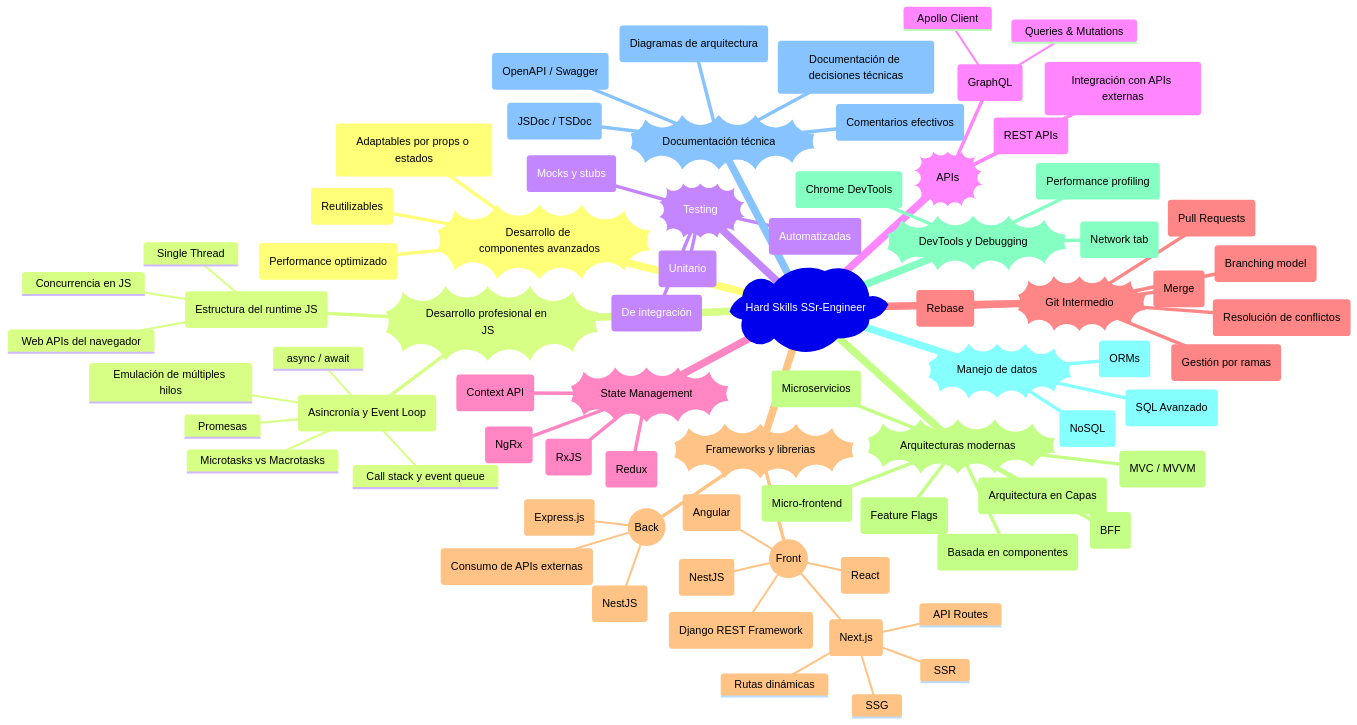
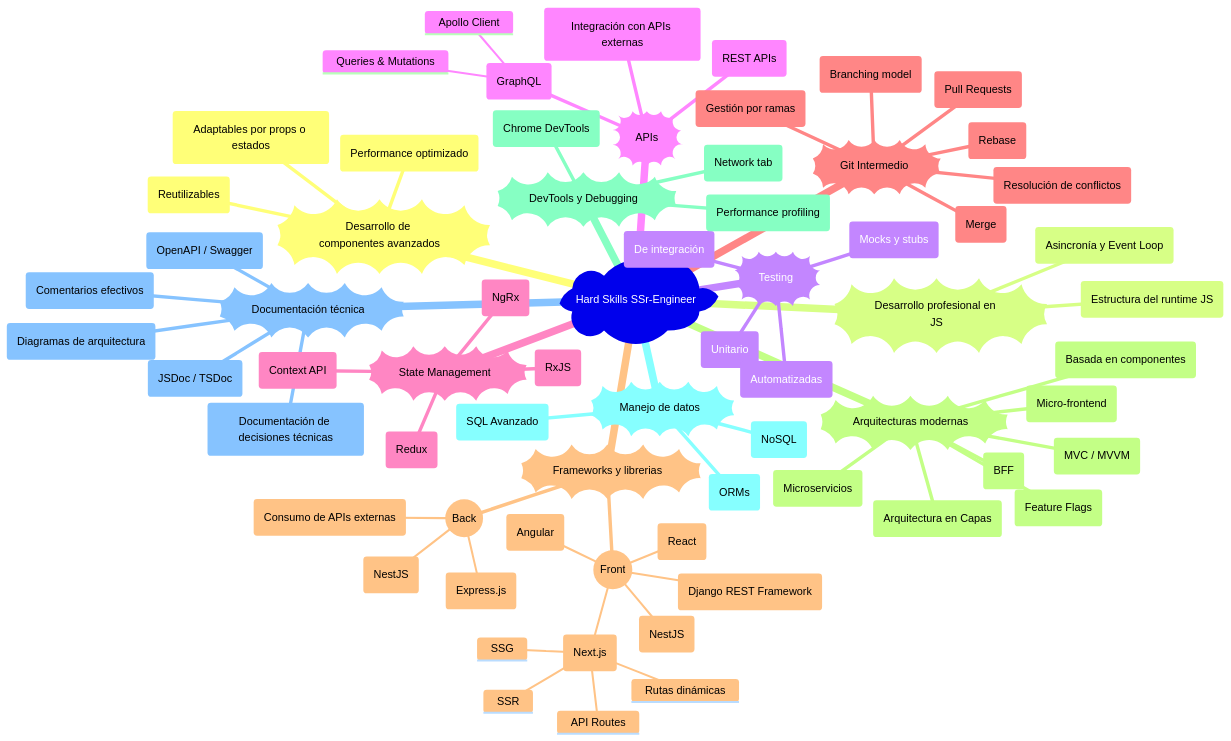
Before and after one commit to EdgarRangelInnovate/EdgarRangelInnovate: the first of 6 diagrams in knowledge/tech/ssr-engineer.md, drawn with Mermaid. The commit also changed other lines of this file, not shown here.

Commit message:
📄Add JavaScript professional development section: introduce concepts of asynchronous programming, event loop, and runtime structure; include detailed explanations and examples for promises, async/await, and concurrency.

````diff
--- a/knowledge/tech/ssr-engineer.md
+++ b/knowledge/tech/ssr-engineer.md
@@ -11,79 +11,71 @@
 ```mermaid
 mindmap
   root(Hard Skills SSr-Engineer))
     ))Desarrollo de componentes avanzados((
       (Reutilizables)
       (Performance optimizado)
       (Adaptables por props o estados)
     ))Desarrollo profesional en JS((  
       (Asincronía y Event Loop)
-        Promesas
-        async / await
-        Microtasks vs Macrotasks
-        Call stack y event queue
-        Emulación de múltiples hilos
       (Estructura del runtime JS)
-        Single Thread
-        Web APIs del navegador
-        Concurrencia en JS
     ))Testing((
       (Unitario)
       (De integración)
       (Automatizadas)
       (Mocks y stubs)
     ))APIs((
       (Integración con APIs externas)
       (REST APIs)
       (GraphQL)
         Apollo Client
         Queries & Mutations
     ))State Management((
       (Context API)
       (Redux)
       (RxJS)
       (NgRx)
     ))Git Intermedio((
       (Branching model)
       (Merge)
       (Rebase)
       (Pull Requests)
       (Resolución de conflictos)
       (Gestión por ramas)
     ))Frameworks y librerias((
       ((Front))
         (NestJS)
         (Django REST Framework)
         (React)
         (Angular)
         (Next.js)
           SSR
           SSG
           Rutas dinámicas
           API Routes
       ((Back))
         (Express.js)
         (NestJS)
         (Consumo de APIs externas)
     ))Arquitecturas modernas((
       (MVC / MVVM)
       (Arquitectura en Capas)
       (Microservicios)
       (Micro-frontend)
       (BFF)
       (Feature Flags)
       (Basada en componentes)
     ))DevTools y Debugging((
       (Chrome DevTools)
       (Network tab)
       (Performance profiling)
     ))Manejo de datos((
       (SQL Avanzado)
       (NoSQL)
       (ORMs)
     ))Documentación técnica((
       (OpenAPI / Swagger)
       (JSDoc / TSDoc)
       (Diagramas de arquitectura)
       (Comentarios efectivos)
       (Documentación de decisiones técnicas)
 ```
````
